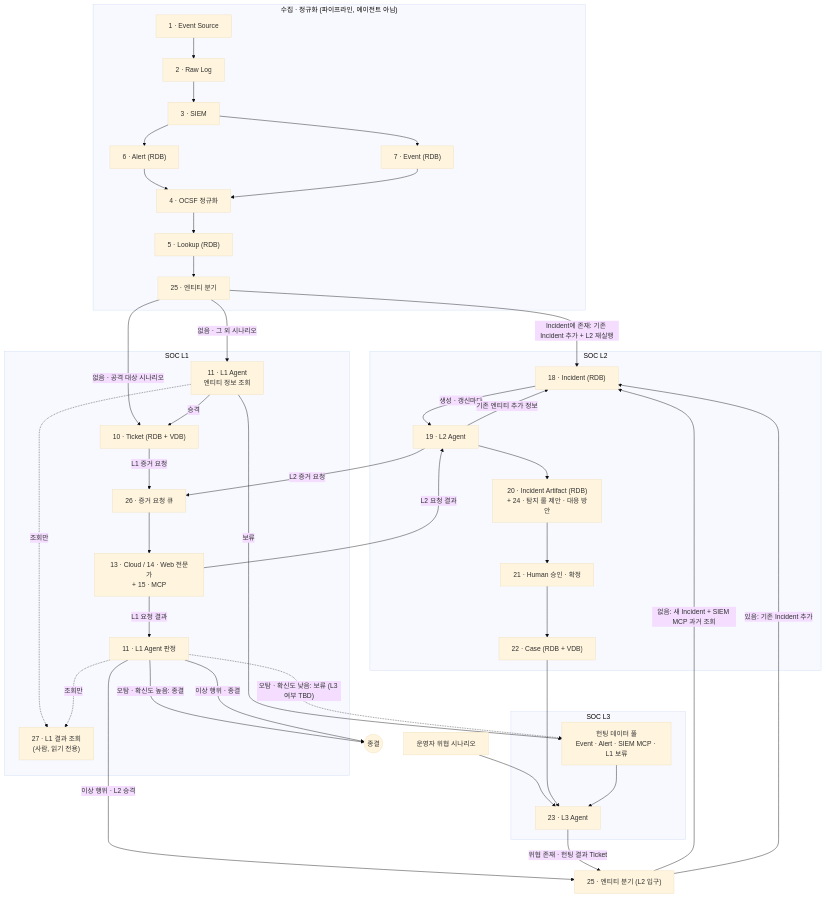
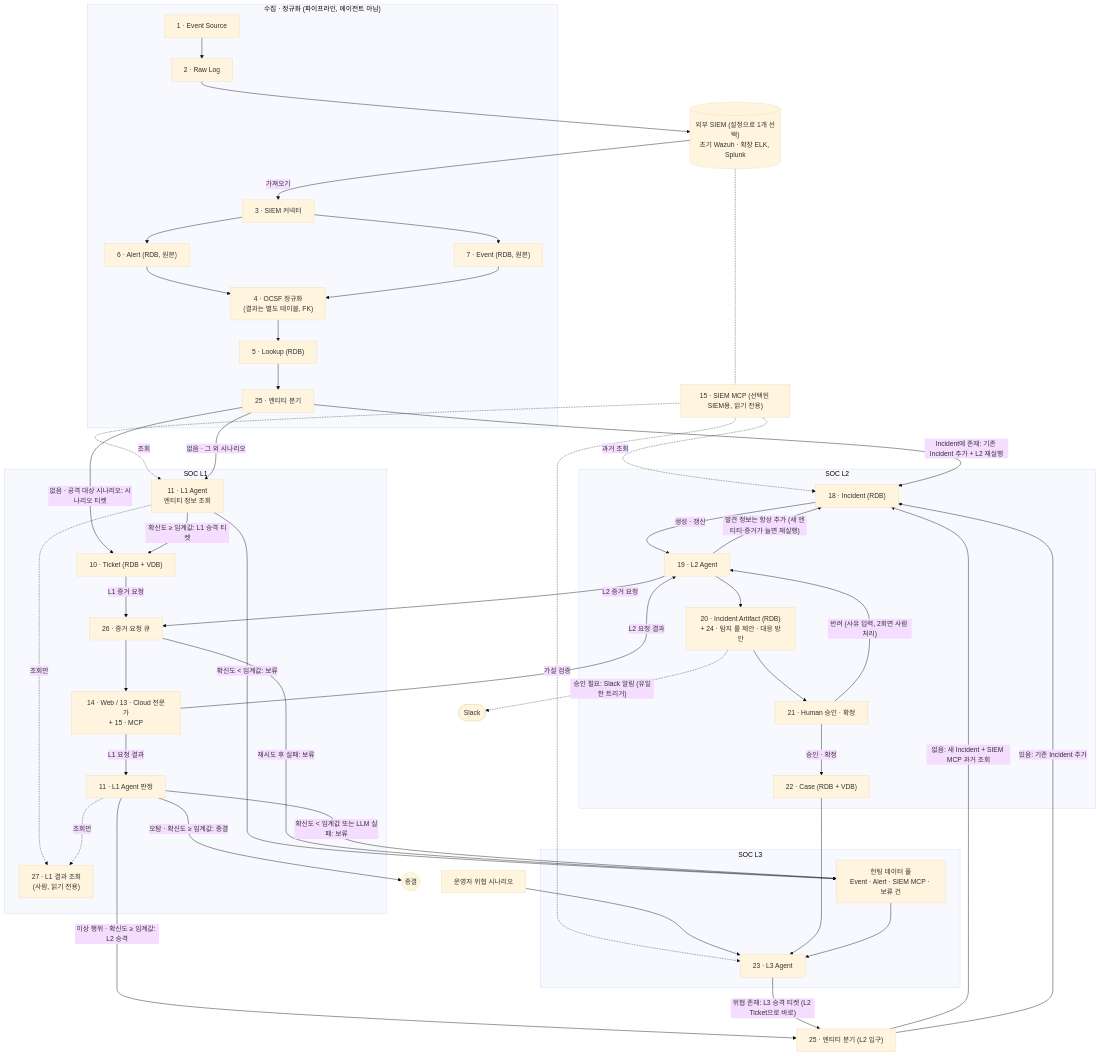
The diagram in docs/architecture.md (0-Ticket/0-Ticket), drawn with Mermaid (base theme) before and after one commit. The commit also changed other lines of this file and 2 other files, not shown here.

Commit message:
chore(docs): record siem, l1, queue and l2 decisions (#33)

````diff
--- a/docs/architecture.md
+++ b/docs/architecture.md
@@ -3,59 +3,74 @@
 ```mermaid
 flowchart TB
+  EXT[("외부 SIEM (설정으로 1개 선택)<br/>초기 Wazuh · 확장 ELK, Splunk")]
+
   subgraph P0["수집 · 정규화 (파이프라인, 에이전트 아님)"]
-    ES["1 · Event Source"] --> RAW["2 · Raw Log"] --> SIEM["3 · SIEM"]
-    SIEM --> AL["6 · Alert (RDB)"]
-    SIEM --> EV["7 · Event (RDB)"]
-    AL --> OCSF["4 · OCSF 정규화"]
+    ES["1 · Event Source"] --> RAW["2 · Raw Log"]
+    CON["3 · SIEM 커넥터"]
+    CON --> AL["6 · Alert (RDB, 원본)"]
+    CON --> EV["7 · Event (RDB, 원본)"]
+    AL --> OCSF["4 · OCSF 정규화<br/>(결과는 별도 테이블, FK)"]
     EV --> OCSF
     OCSF --> LK["5 · Lookup (RDB)"]
     LK --> BR["25 · 엔티티 분기"]
   end
 
   subgraph L1G["SOC L1"]
     L1Q["11 · L1 Agent<br/>엔티티 정보 조회"]
     TK["10 · Ticket (RDB + VDB)"]
     Q["26 · 증거 요청 큐"]
-    SP["13 · Cloud / 14 · Web 전문가<br/>+ 15 · MCP"]
+    SP["14 · Web / 13 · Cloud 전문가<br/>+ 15 · MCP"]
     L1V["11 · L1 Agent 판정"]
     L1R["27 · L1 결과 조회<br/>(사람, 읽기 전용)"]
   end
+
+  SMCP["15 · SIEM MCP (선택된 SIEM용, 읽기 전용)"]
 
   subgraph L2G["SOC L2"]
     INC["18 · Incident (RDB)"]
     L2["19 · L2 Agent"]
     ART["20 · Incident Artifact (RDB)<br/>+ 24 · 탐지 룰 제안 · 대응 방안"]
     H["21 · Human 승인 · 확정"]
     CASE["22 · Case (RDB + VDB)"]
   end
 
   subgraph L3G["SOC L3"]
-    POOL["헌팅 데이터 풀<br/>Event · Alert · SIEM MCP · L1 보류"]
+    POOL["헌팅 데이터 풀<br/>Event · Alert · SIEM MCP · 보류 건"]
     L3["23 · L3 Agent"]
   end
 
+  RAW --> EXT
+  EXT -- "가져오기" --> CON
+  EXT -.- SMCP
+  SMCP -. "조회" .-> L1Q
+  SMCP -. "과거 조회" .-> INC
+  SMCP -. "가설 검증" .-> L3
+
   BR -- "Incident에 존재: 기존 Incident 추가 + L2 재실행" --> INC
-  BR -- "없음 · 공격 대상 시나리오" --> TK
+  BR -- "없음 · 공격 대상 시나리오: 시나리오 티켓" --> TK
   BR -- "없음 · 그 외 시나리오" --> L1Q
-  L1Q -- "승격" --> TK
-  L1Q -- "보류" --> POOL
+  L1Q -- "확신도 ≥ 임계값: L1 승격 티켓" --> TK
+  L1Q -- "확신도 < 임계값: 보류" --> POOL
   TK -- "L1 증거 요청" --> Q --> SP
   SP -- "L1 요청 결과" --> L1V
-  L1V -- "오탐 · 확신도 높음: 종결" --> END1(("종결"))
-  L1V -. "오탐 · 확신도 낮음: 보류 (L3 여부 TBD)" .-> POOL
-  L1V -- "이상 행위 · 종결" --> END1
-  L1V -- "이상 행위 · L2 승격" --> BR2["25 · 엔티티 분기 (L2 입구)"]
+  Q -- "재시도 후 실패: 보류" --> POOL
+  L1V -- "오탐 · 확신도 ≥ 임계값: 종결" --> END1(("종결"))
+  L1V -- "확신도 < 임계값 또는 LLM 실패: 보류" --> POOL
+  L1V -- "이상 행위 · 확신도 ≥ 임계값: L2 승격" --> BR2["25 · 엔티티 분기 (L2 입구)"]
   L1Q -. "조회만" .-> L1R
   L1V -. "조회만" .-> L1R
   BR2 -- "없음: 새 Incident + SIEM MCP 과거 조회" --> INC
   BR2 -- "있음: 기존 Incident 추가" --> INC
-  INC -- "생성 · 갱신마다" --> L2
+  INC -- "생성 · 갱신" --> L2
   L2 -- "L2 증거 요청" --> Q
   SP -- "L2 요청 결과" --> L2
-  L2 -- "기존 엔티티 추가 정보" --> INC
-  L2 --> ART --> H --> CASE
+  L2 -- "발견 정보는 항상 추가 (새 엔티티·증거가 늘면 재실행)" --> INC
+  L2 --> ART --> H
+  H -- "승인 · 확정" --> CASE
+  H -- "반려 (사유 입력, 2회면 사람 처리)" --> L2
+  ART -. "승인 필요: Slack 알림 (유일한 트리거)" .-> SLACK(["Slack"])
   OP["운영자 위협 시나리오"] --> L3
   CASE --> L3
   POOL --> L3
-  L3 -- "위협 존재 · 헌팅 결과 Ticket" --> BR2
+  L3 -- "위협 존재: L3 승격 티켓 (L2 Ticket으로 바로)" --> BR2
 ```
````
